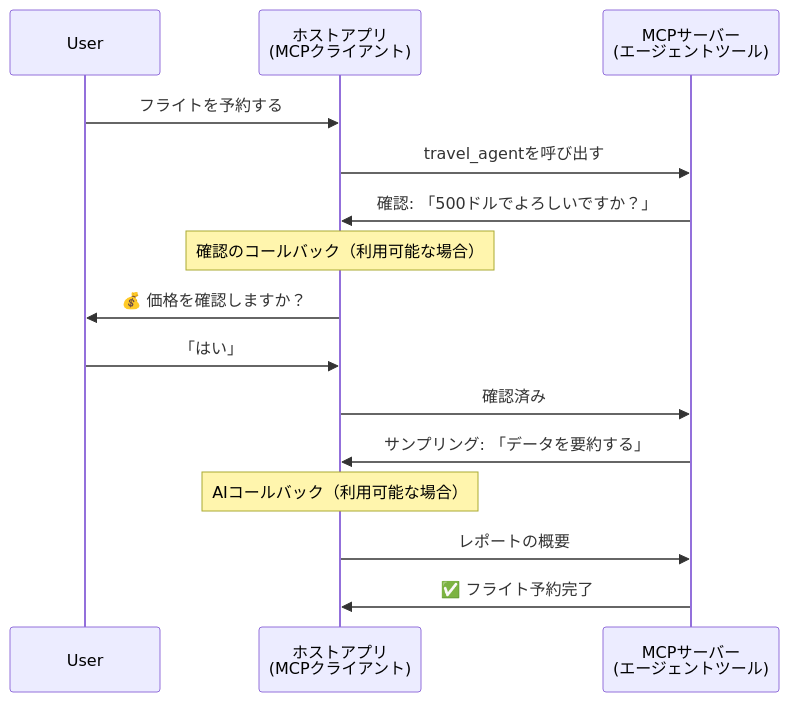
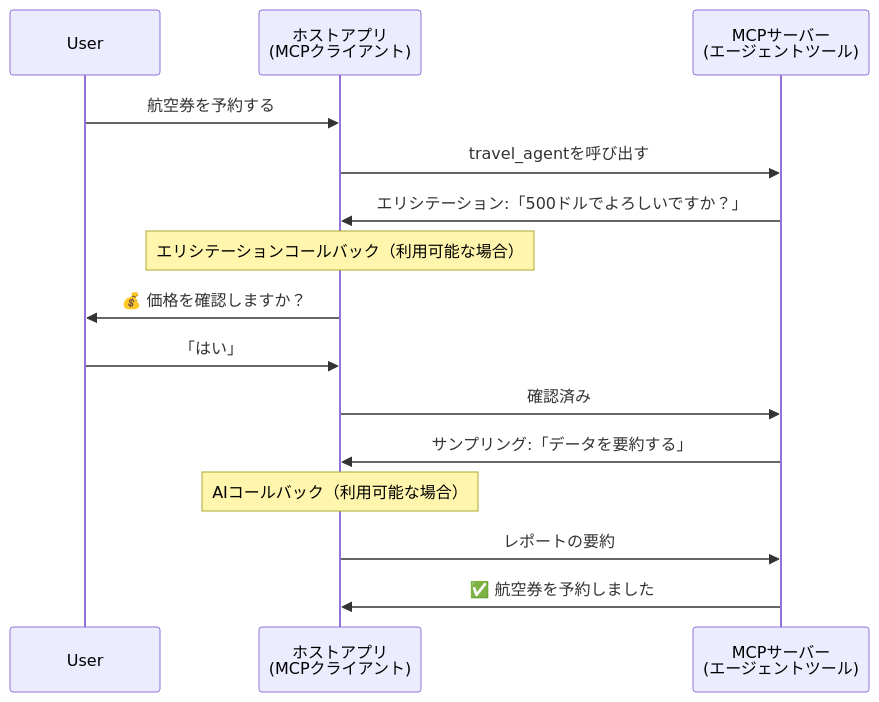
Before and after one commit to gabrielmoreira/agent-skills-mirror: the fourth of 5 diagrams in mirrors/repos/microsoft@ai-agents-for-beginners/translations/ja/11-agentic-protocols/code_samples/mcp-agents/README.md, drawn with Mermaid. The commit also changed other lines of this file and 4262 other files, not shown here.

````diff
--- a/mirrors/repos/microsoft@ai-agents-for-beginners/translations/ja/11-agentic-protocols/code_samples/mcp-agents/README.md
+++ b/mirrors/repos/microsoft@ai-agents-for-beginners/translations/ja/11-agentic-protocols/code_samples/mcp-agents/README.md
@@ -163,21 +163,21 @@
 ```mermaid
 sequenceDiagram
     participant User
     participant Host as ホストアプリ<br/>(MCPクライアント)
     participant Server as MCPサーバー<br/>(エージェントツール)
 
-    User->>Host: フライトを予約する
+    User->>Host: 航空券を予約する
     Host->>Server: travel_agentを呼び出す
 
-    Server->>Host: 確認: 「500ドルでよろしいですか？」
-    Note over Host: 確認のコールバック（利用可能な場合）
+    Server->>Host: エリシテーション:「500ドルでよろしいですか？」
+    Note over Host: エリシテーションコールバック（利用可能な場合）
     Host->>User: 💰 価格を確認しますか？
     User->>Host: 「はい」
     Host->>Server: 確認済み
 
-    Server->>Host: サンプリング: 「データを要約する」
+    Server->>Host: サンプリング:「データを要約する」
     Note over Host: AIコールバック（利用可能な場合）
-    Host->>Server: レポートの概要
+    Host->>Server: レポートの要約
 
-    Server->>Host: ✅ フライト予約完了
+    Server->>Host: ✅ 航空券を予約しました
 ```
````
